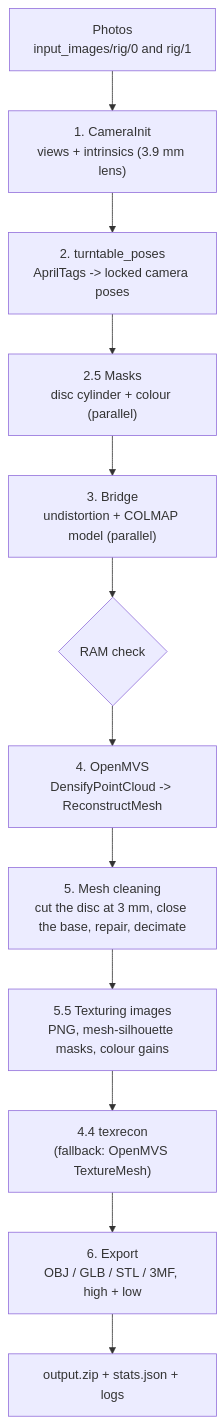
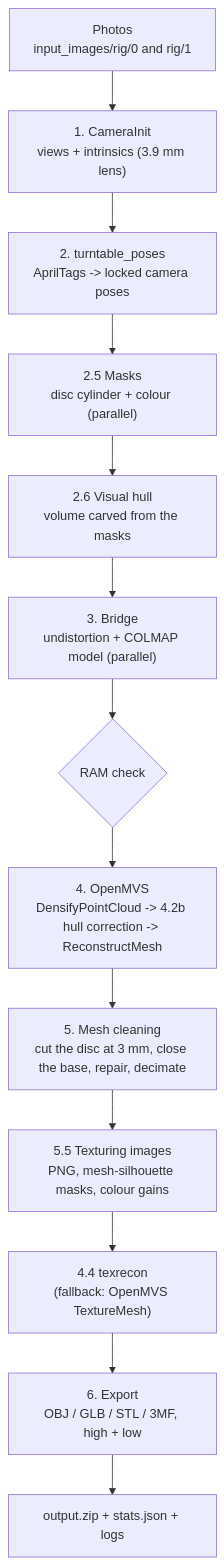
One commit to AlinC10/photogrammetry_pipeline changed the diagram in README.md. Above: the diagram before and after it, drawn with Mermaid. The commit also changed other lines of this file and 13 other files, not shown here.

````diff
--- a/README.md
+++ b/README.md
@@ -17,14 +17,15 @@
 ```mermaid
 flowchart TD
     A["Photos<br/>input_images/rig/0 and rig/1"] --> B["1. CameraInit<br/>views + intrinsics (3.9 mm lens)"]
     B --> C["2. turntable_poses<br/>AprilTags -> locked camera poses"]
     C --> D["2.5 Masks<br/>disc cylinder + colour (parallel)"]
-    D --> E["3. Bridge<br/>undistortion + COLMAP model (parallel)"]
+    D --> V["2.6 Visual hull<br/>volume carved from the masks"]
+    V --> E["3. Bridge<br/>undistortion + COLMAP model (parallel)"]
     E --> R{"RAM check"}
-    R --> F["4. OpenMVS<br/>DensifyPointCloud -> ReconstructMesh"]
+    R --> F["4. OpenMVS<br/>DensifyPointCloud -> 4.2b hull correction -> ReconstructMesh"]
     F --> G["5. Mesh cleaning<br/>cut the disc at 3 mm, close the base, repair, decimate"]
     G --> H["5.5 Texturing images<br/>PNG, mesh-silhouette masks, colour gains"]
     H --> T["4.4 texrecon<br/>(fallback: OpenMVS TextureMesh)"]
     T --> X["6. Export<br/>OBJ / GLB / STL / 3MF, high + low"]
     X --> Z["output.zip + stats.json + logs"]
 ```
````
